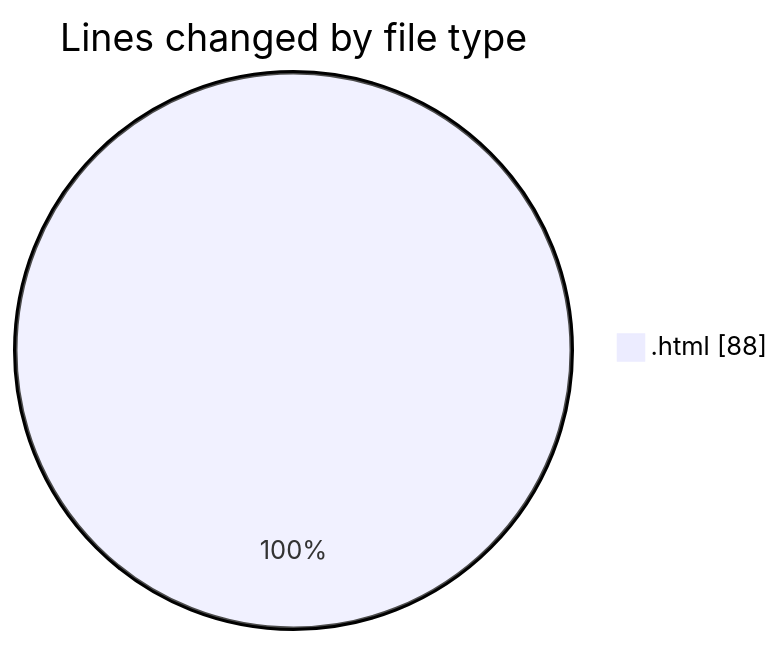
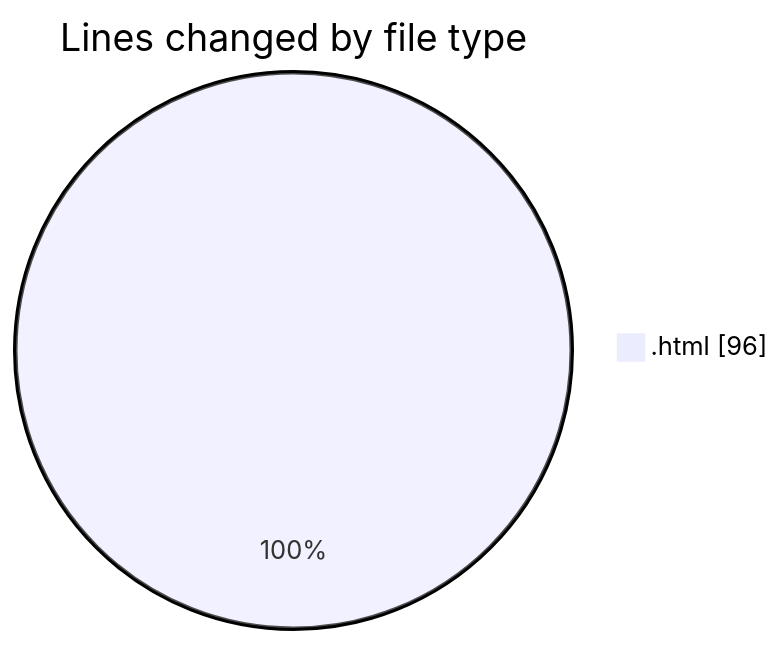
Before and after one commit to nxtqubesakshisongat/code-tracking: the first of 2 diagrams in 2025-10-23/javacript/README.md, drawn with Mermaid. The commit also changed other lines of this file and 1 other file, not shown here.

````diff
--- a/2025-10-23/javacript/README.md
+++ b/2025-10-23/javacript/README.md
@@ -20,5 +20,5 @@
 ```mermaid
 pie showData
 title Lines changed by file type
-".html" : 88
+".html" : 96
 ```
````
